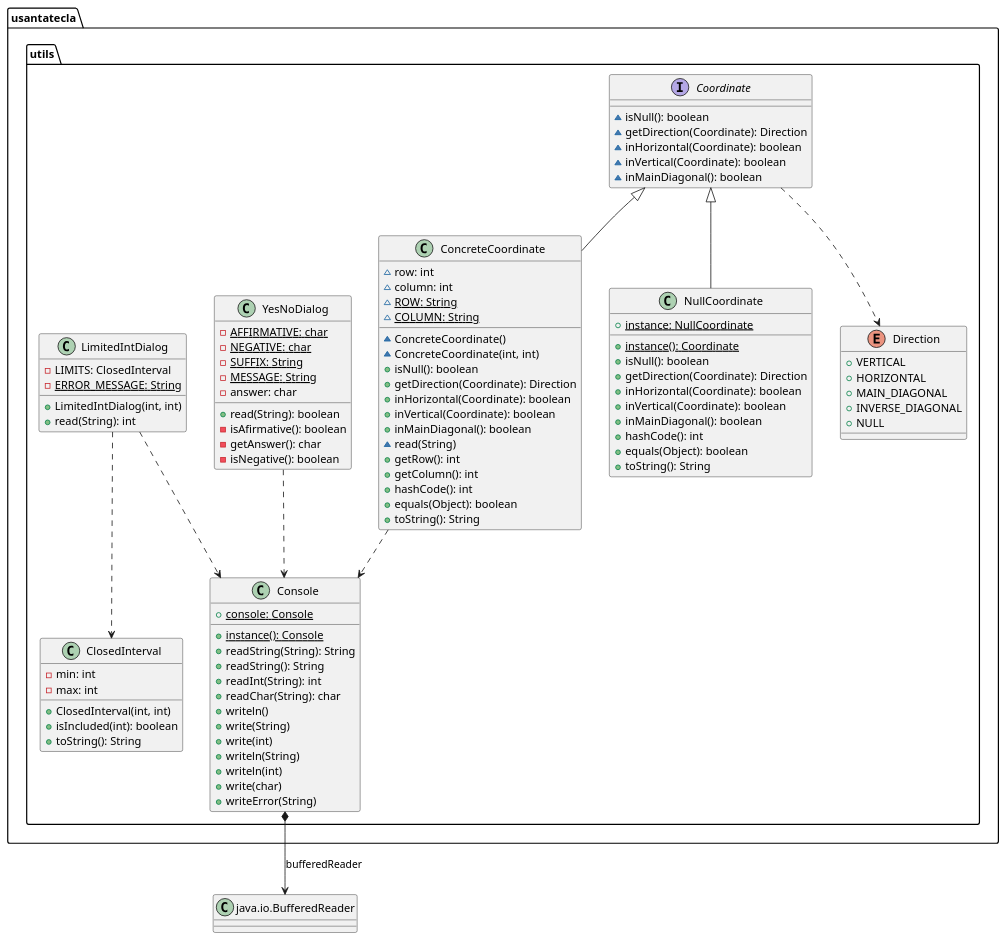
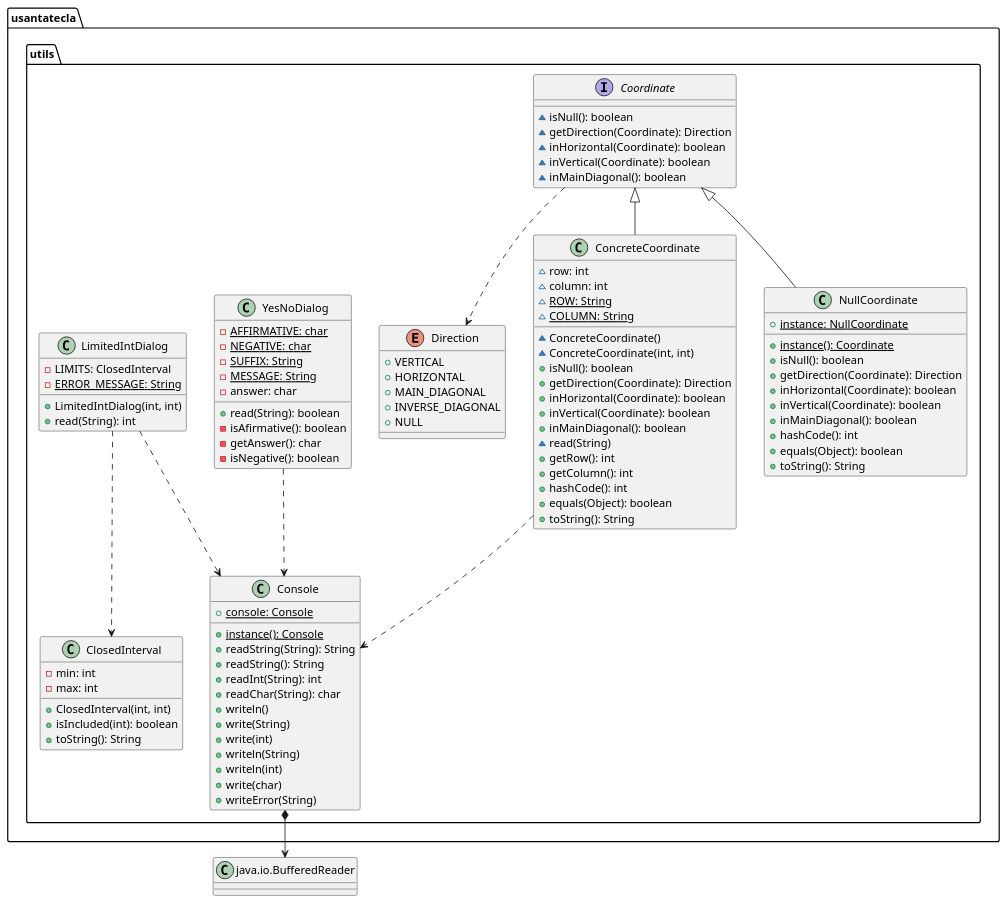
Before and after one commit to Jolucaa/USantaTecla-project-ticTacToe: the second of 2 diagrams in domainModel/docs/diagrams/src/paquetes.plantuml, drawn with PlantUML. The commit also changed other lines of this file and 2 other files, not shown here.

Commit message:
DomainModel diagrams finished

```diff
--- a/domainModel/docs/diagrams/src/paquetes.plantuml
+++ b/domainModel/docs/diagrams/src/paquetes.plantuml
@@ -185,109 +185,109 @@
 @startuml utils
 namespace usantatecla.utils {
 
 interface Coordinate {
 	~ isNull(): boolean 
 	~ getDirection(Coordinate): Direction 
 	~ inHorizontal(Coordinate): boolean 
 	~ inVertical(Coordinate): boolean 
 	~ inMainDiagonal(): boolean 
 }
 
 class ConcreteCoordinate {
 	~ row: int 
 	~ column: int 
 	~ ROW: {static} String
 	~ COLUMN: {static} String
 	~ ConcreteCoordinate()
 	~ ConcreteCoordinate(int, int)
 	+ isNull(): boolean 
 	+ getDirection(Coordinate): Direction 
 	+ inHorizontal(Coordinate): boolean 
 	+ inVertical(Coordinate): boolean 
 	+ inMainDiagonal(): boolean 
 	~ read(String)
 	+ getRow(): int 
 	+ getColumn(): int
 	+ hashCode(): int
 	+ equals(Object): boolean 
 	+ toString(): String 
 }
 class NullCoordinate {
 	+ instance: {static} NullCoordinate 
 	+ {static} instance(): Coordinate 
 	+ isNull(): boolean 
 	+ getDirection(Coordinate): Direction 
 	+ inHorizontal(Coordinate): boolean 
 	+ inVertical(Coordinate): boolean
 	+ inMainDiagonal(): boolean
 	+ hashCode(): int 
 	+ equals(Object): boolean 
 	+ toString(): String 
 }
 
 enum Direction {
 	+ VERTICAL
 	+ HORIZONTAL
 	+ MAIN_DIAGONAL
 	+ INVERSE_DIAGONAL
 	+ NULL
 }
 
 class Console {
 	+ console: {static} Console 
 	+ instance(): {static} Console 
 	+ readString(String): String 
 	+ readString(): String 
 	+ readInt(String): int 
 	+ readChar(String): char 
 	+ writeln()
 	+ write(String)
 	+ write(int)
 	+ writeln(String)
 	+ writeln(int)
 	+ write(char)
 	+ writeError(String)
 }
 
 class ClosedInterval {
 	- min: int 
 	- max: int 
 	+ ClosedInterval(int, int)
 	+ isIncluded(int): boolean 
 	+ toString(): String 
 }
 
 class YesNoDialog {
 	- AFFIRMATIVE: {static} char 
 	- NEGATIVE: {static} char 
 	- SUFFIX: {static} String 
 	- MESSAGE: {static} String
 	- answer: char 
 	+ read(String): boolean 
 	- isAfirmative(): boolean 
 	- getAnswer(): char 
 	- isNegative(): boolean 
 }
 
 class LimitedIntDialog {
 	- LIMITS: ClosedInterval 
 	- ERROR_MESSAGE: {static} String 
 	+ LimitedIntDialog(int, int)
 	+ read(String): int 
 }
 
 
 
 Coordinate <|-down- ConcreteCoordinate
 Coordinate <|-down- NullCoordinate
 Coordinate .down.> Direction
 ConcreteCoordinate .down.> Console
 LimitedIntDialog .down.> Console
 YesNoDialog .down.> Console
 LimitedIntDialog .down.> ClosedInterval
 }
 class BufferedReader as "java.io.BufferedReader"{
 	
 }
-usantatecla.utils.Console *-down-> BufferedReader : bufferedReader
+usantatecla.utils.Console *-down-> BufferedReader 
 @enduml
```
